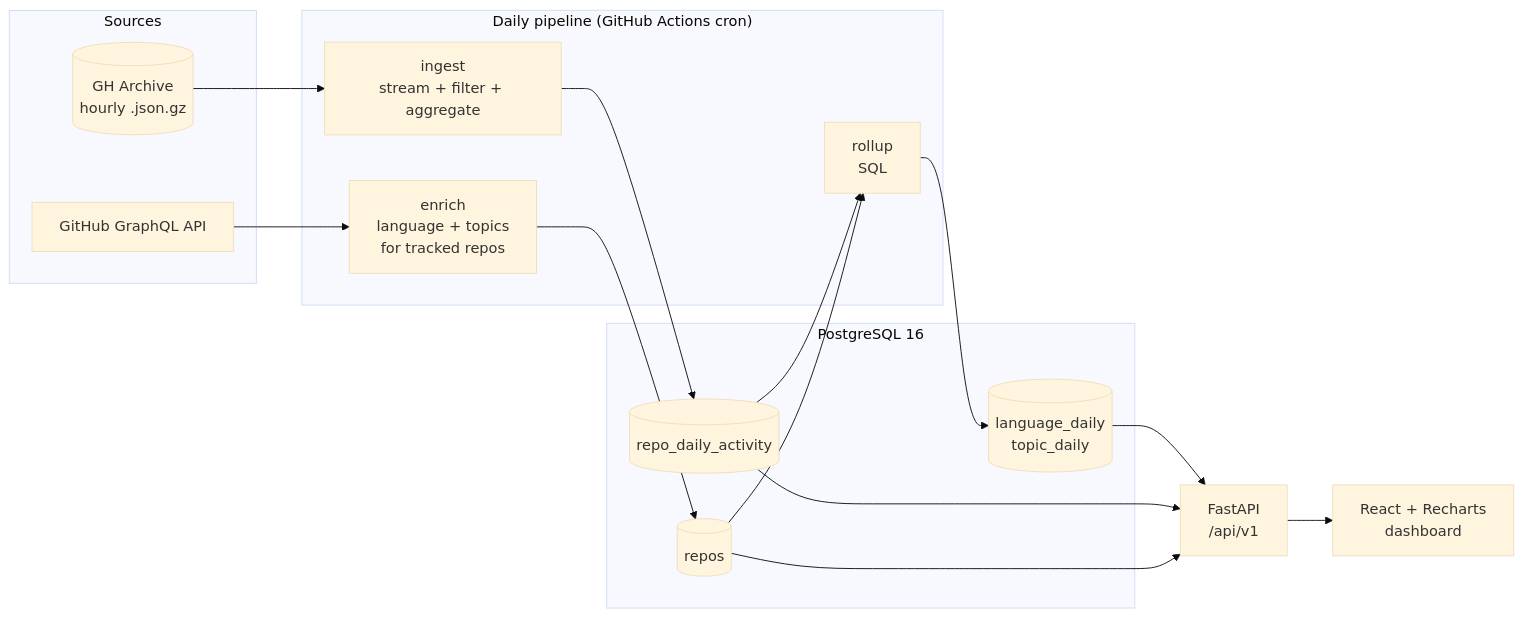
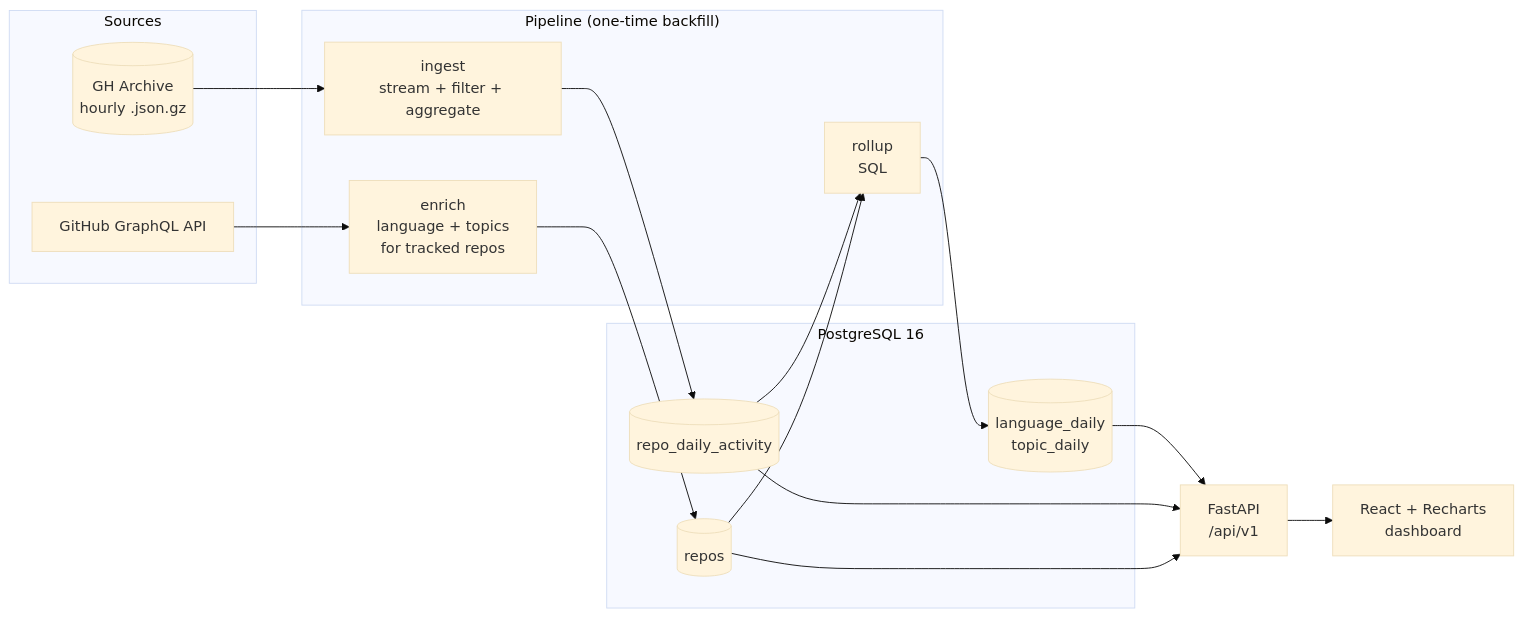
One commit to AksharAeinampudi/gh-ecosystem-analyzer changed the diagram in README.md. Above: the diagram before and after it, drawn with Mermaid (base theme). The commit also changed other lines of this file and 1 other file, not shown here.

````diff
--- a/README.md
+++ b/README.md
@@ -11,32 +13,32 @@
 ```mermaid
 flowchart LR
     subgraph Sources
         GHA[(GH Archive<br/>hourly .json.gz)]
         GQL[GitHub GraphQL API]
     end
 
-    subgraph Pipeline["Daily pipeline (GitHub Actions cron)"]
+    subgraph Pipeline["Pipeline (one-time backfill)"]
         ING[ingest<br/>stream + filter + aggregate]
         ENR[enrich<br/>language + topics<br/>for tracked repos]
         ROL[rollup<br/>SQL]
     end
 
     subgraph DB["PostgreSQL 16"]
         RDA[(repo_daily_activity)]
         REP[(repos)]
         AGG[(language_daily<br/>topic_daily)]
     end
 
     API[FastAPI<br/>/api/v1]
     UI[React + Recharts<br/>dashboard]
 
     GHA --> ING --> RDA
     GQL --> ENR --> REP
     RDA --> ROL
     REP --> ROL
     ROL --> AGG
     AGG --> API
     RDA --> API
     REP --> API
     API --> UI
 ```
````
